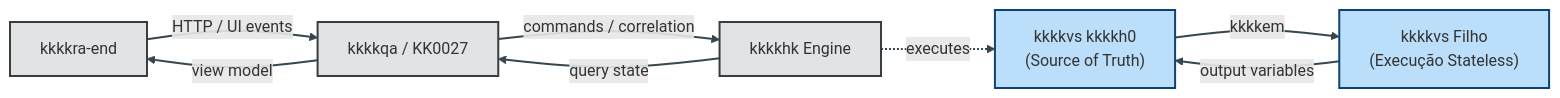
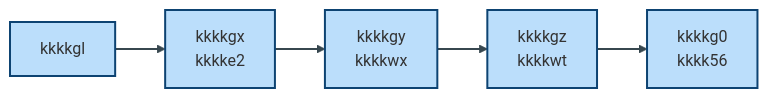
Before and after one commit to fabaodevudi/outros-codigos: the diagram in Java/md.md, drawn with Mermaid. The commit also changed other lines of this file, not shown here.

````diff
--- a/Java/md.md
+++ b/Java/md.md
@@ -47,27 +19,21 @@
 ```mermaid
 flowchart LR
-  FRONT["kkkkra-end"]
-  KK0027["kkkkqa / KK0027"]
-  ENGINE["kkkkhk Engine"]
+  kkkkh0[kkkkgl]
+  B1["kkkkgx<br/>kkkke2"]
+  B2["kkkkgy<br/>kkkkwx"]
+  B3["kkkkgz<br/>kkkkwt"]
+  B4["kkkkg0<br/>kkkk56"]
 
-  kkkkh0["kkkkvs kkkkh0<br/>(Source of Truth)"]
-  FILHO["kkkkvs Filho<br/>(Execução Stateless)"]
-
-  FRONT -->|"HTTP / UI events"| KK0027
-  KK0027 -->|"commands / correlation"| ENGINE
-
-  ENGINE -.->|"executes"| kkkkh0
-  kkkkh0 -->|"kkkkem"| FILHO
-  FILHO -->|"output variables"| kkkkh0
-
-  ENGINE -->|"query state"| KK0027
-  KK0027 -->|"view model"| FRONT
+  kkkkh0 --> B1
+  B1 --> B2
+  B2 --> B3
+  B3 --> B4
 
   %% Estilos padrão kkkky7
-  style FRONT fill:#e2e3e5,stroke:#383d41,stroke-width:2px
-  style KK0027 fill:#e2e3e5,stroke:#383d41,stroke-width:2px
-  style ENGINE fill:#e2e3e5,stroke:#383d41,stroke-width:2px
   style kkkkh0 fill:#bbdefb,stroke:#0d4372,stroke-width:2px
-  style FILHO fill:#bbdefb,stroke:#0d4372,stroke-width:2px
+  style B1 fill:#bbdefb,stroke:#0d4372,stroke-width:2px
+  style B2 fill:#bbdefb,stroke:#0d4372,stroke-width:2px
+  style B3 fill:#bbdefb,stroke:#0d4372,stroke-width:2px
+  style B4 fill:#bbdefb,stroke:#0d4372,stroke-width:2px
   linkStyle default stroke:#37474f,stroke-width:2px
 ```
````
